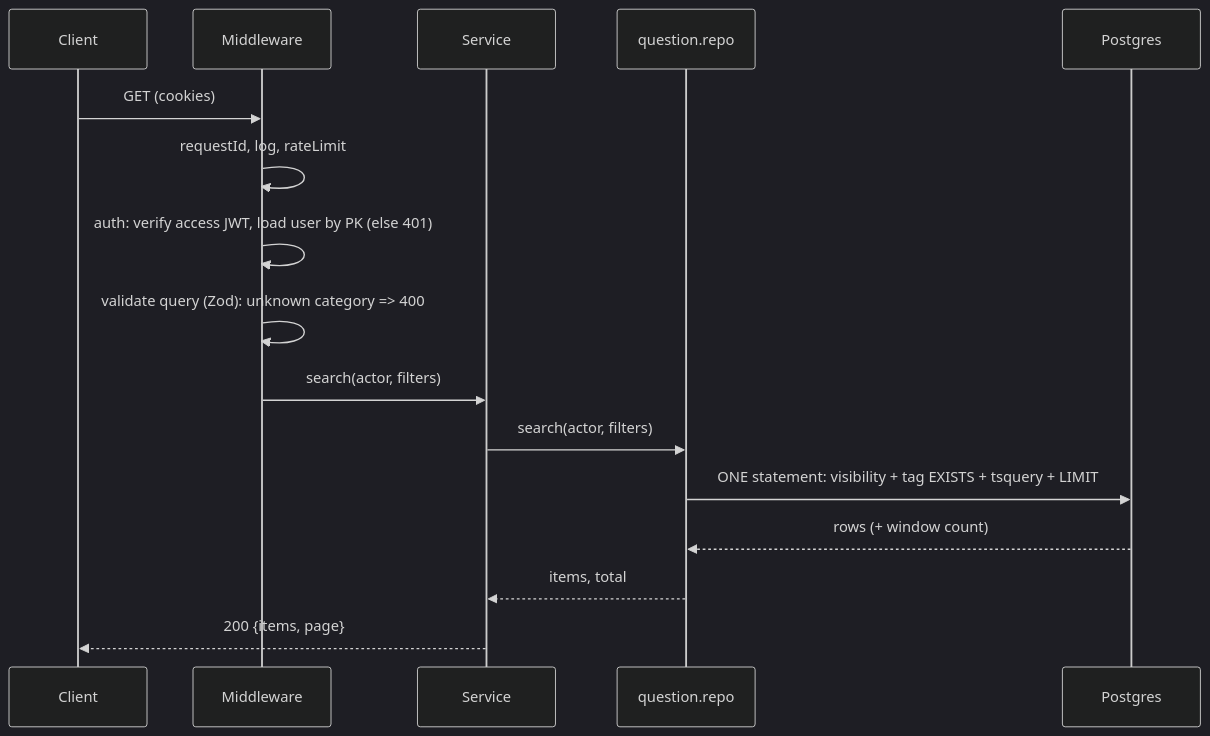
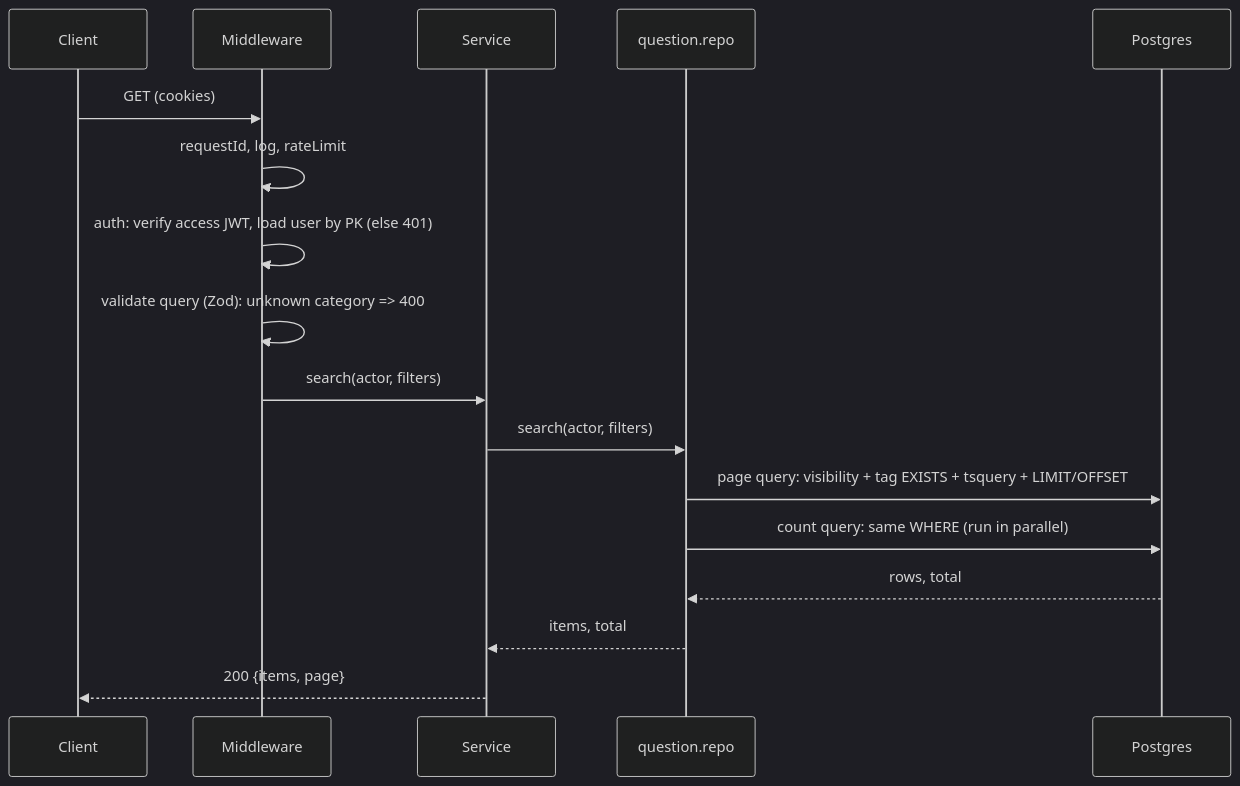
The second of 3 diagrams in docs/03-architecture.md (khushalB-sf/mern-poc), drawn with Mermaid (dark theme) before and after one commit. The commit also changed other lines of this file and 8 other files, not shown here.

First line of the commit message:
docs: update architecture and task plan to reflect implementation status and progress

````diff
--- a/docs/03-architecture.md
+++ b/docs/03-architecture.md
@@ -36,18 +39,19 @@
 ```mermaid
 sequenceDiagram
   participant C as Client
   participant M as Middleware
   participant S as Service
   participant R as question.repo
   participant D as Postgres
   C->>M: GET (cookies)
   M->>M: requestId, log, rateLimit
   M->>M: auth: verify access JWT, load user by PK (else 401)
   M->>M: validate query (Zod): unknown category => 400
   M->>S: search(actor, filters)
   S->>R: search(actor, filters)
-  R->>D: ONE statement: visibility + tag EXISTS + tsquery + LIMIT
-  D-->>R: rows (+ window count)
+  R->>D: page query: visibility + tag EXISTS + tsquery + LIMIT/OFFSET
+  R->>D: count query: same WHERE (run in parallel)
+  D-->>R: rows, total
   R-->>S: items, total
   S-->>C: 200 {items, page}
 ```
````
